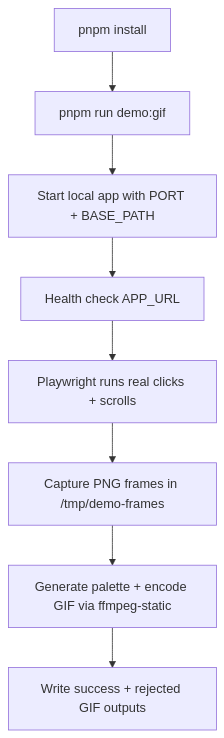
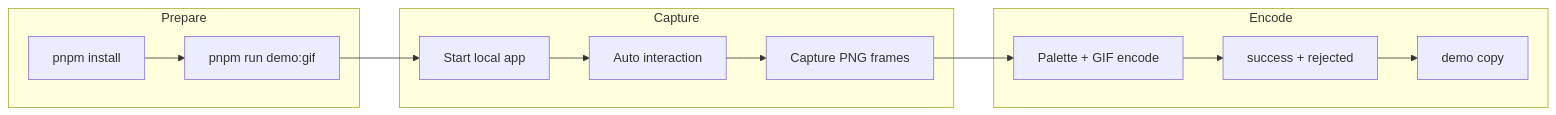
Before and after one commit to sunshineluyao/Moss-Mcp-Transaction: the second of 8 diagrams in README.md, drawn with Mermaid. The commit also changed other lines of this file, not shown here.

Commit message:
docs: redesign mermaid diagrams for cleaner compact layout

````diff
--- a/README.md
+++ b/README.md
@@ -138,10 +146,20 @@
 ```mermaid
-flowchart TD
-  A[pnpm install] --> B[pnpm run demo:gif]
-  B --> C[Start local app with PORT + BASE_PATH]
-  C --> D[Health check APP_URL]
-  D --> E[Playwright runs real clicks + scrolls]
-  E --> F[Capture PNG frames in /tmp/demo-frames]
-  F --> G[Generate palette + encode GIF via ffmpeg-static]
-  G --> H[Write success + rejected GIF outputs]
+flowchart LR
+  subgraph P1[Prepare]
+    A[pnpm install] --> B[pnpm run demo:gif]
+  end
+
+  subgraph P2[Capture]
+    C[Start local app] --> D[Auto interaction]
+    D --> E[Capture PNG frames]
+  end
+
+  subgraph P3[Encode]
+    F[Palette + GIF encode]
+    G[success + rejected]
+    H[demo copy]
+  end
+
+  B --> C
+  E --> F --> G --> H
 ```
````
